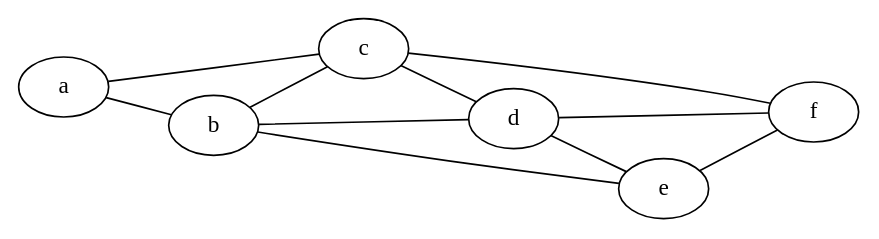
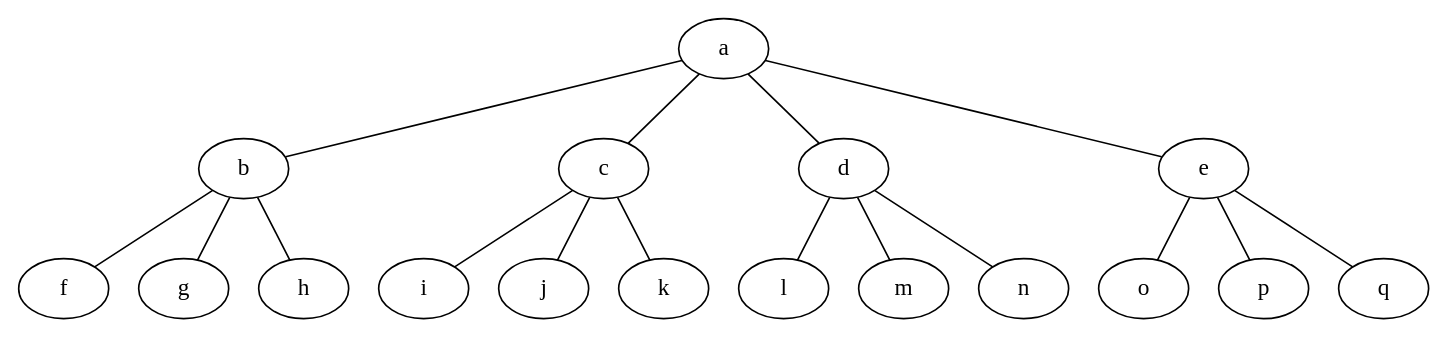
The fourth of 20 diagrams in zapiski/2020-21/2021-01-06.md (jaanos/diskretne-strukture-fim), drawn with Graphviz before and after one commit. The commit also changed other lines of this file, not shown here.

````diff
--- a/zapiski/2020-21/2021-01-06.md
+++ b/zapiski/2020-21/2021-01-06.md
@@ -43,16 +98,20 @@
 ```graphviz
-graph G1 {
-  rankdir=LR
-
+graph T {
   a -- b
   a -- c
-  b -- c
-  b -- d
-  b -- e
-  c -- d
-  c -- f
-  d -- e
-  d -- f
-  e -- f
+  a -- d
+  a -- e
+  b -- f
+  b -- g
+  b -- h
+  c -- i
+  c -- j
+  c -- k
+  d -- l
+  d -- m
+  d -- n
+  e -- o
+  e -- p
+  e -- q
 }
 ```
````
